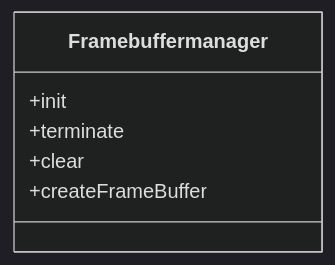
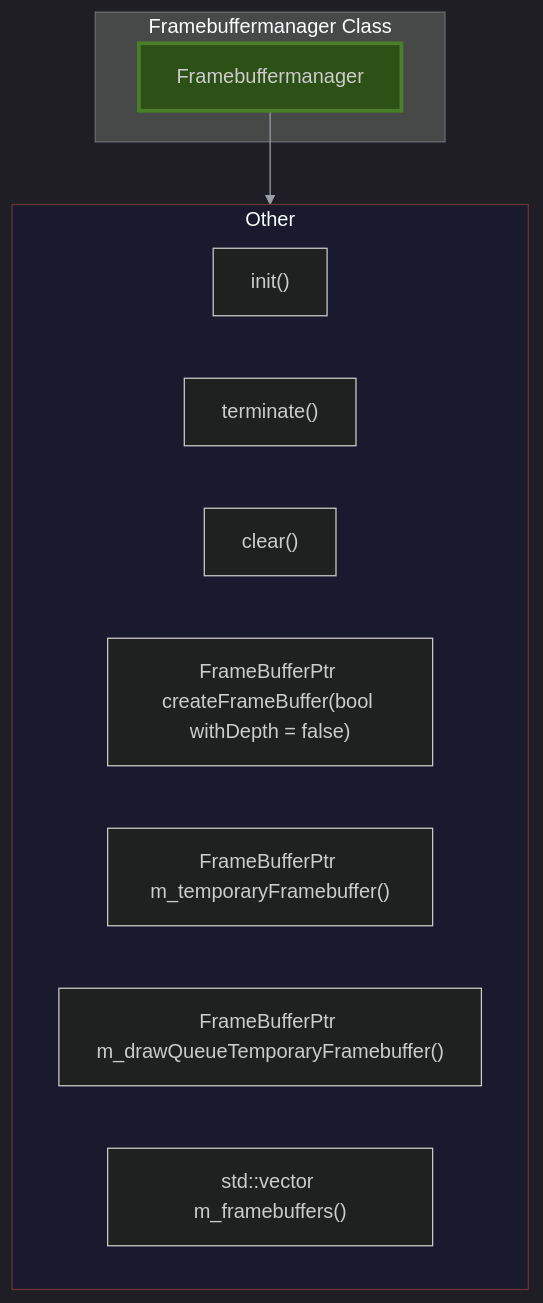
The diagram in docs/authoring/01_core/api/cpp/framework/diagrams/framebuffermanager.mmd (lukaszj321/otcv8-dev), drawn with Mermaid before and after one commit. The commit also changed 189 other files, not shown here.

Commit message:
refactor: redesign all diagrams with proper structure and categorization

```diff
--- a/docs/authoring/01_core/api/cpp/framework/diagrams/framebuffermanager.mmd
+++ b/docs/authoring/01_core/api/cpp/framework/diagrams/framebuffermanager.mmd
@@ -1,8 +1,20 @@
 %%{init: {'theme':'dark','themeVariables': {'primaryTextColor':'#ddd','lineColor':'#9aa0a6'},'securityLevel':'loose'}}%%
-classDiagram
-    class Framebuffermanager {
-        +init
-        +terminate
-        +clear
-        +createFrameBuffer
-    }
+graph TB
+    subgraph Class["Framebuffermanager Class"]
+        MAIN["Framebuffermanager"]
+    end
+    
+    subgraph Other["Other"]
+        Other_0["init()"]
+        Other_1["terminate()"]
+        Other_2["clear()"]
+        Other_3["FrameBufferPtr createFrameBuffer(bool withDepth = false)"]
+        Other_4["FrameBufferPtr m_temporaryFramebuffer()"]
+        Other_5["FrameBufferPtr m_drawQueueTemporaryFramebuffer()"]
+        Other_6["std::vector<FrameBufferPtr> m_framebuffers()"]
+    end
+
+    MAIN --> Other
+
+    style MAIN fill:#2d5016,stroke:#4a7f2a,stroke-width:3px
+    style Other fill:#1a1a2e,stroke:#6b3535
```
